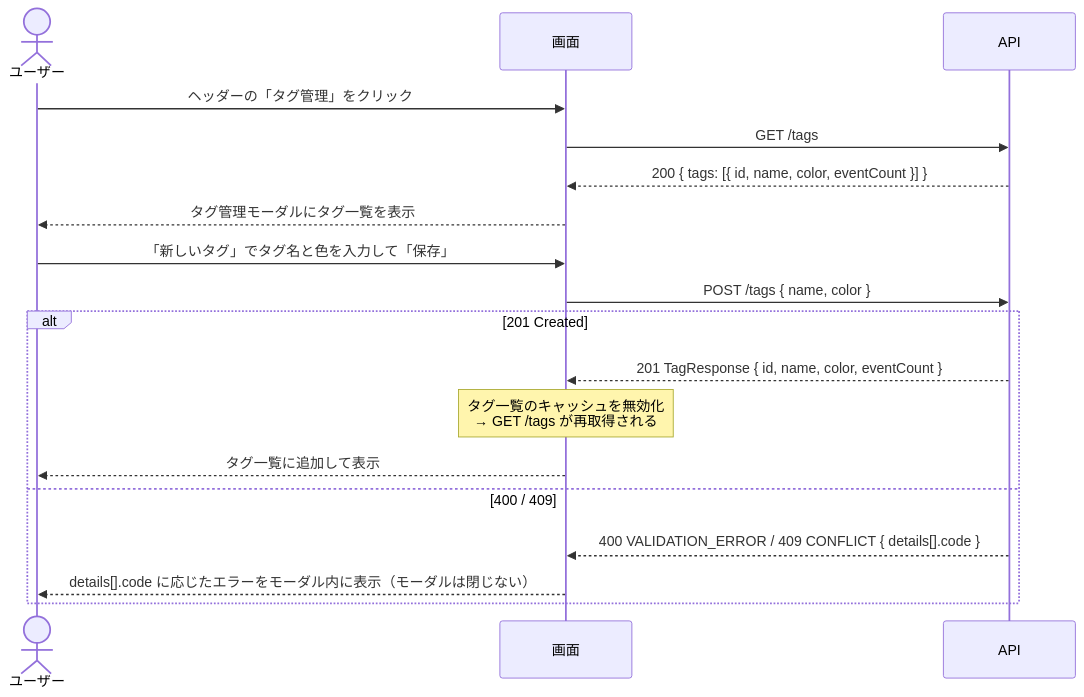
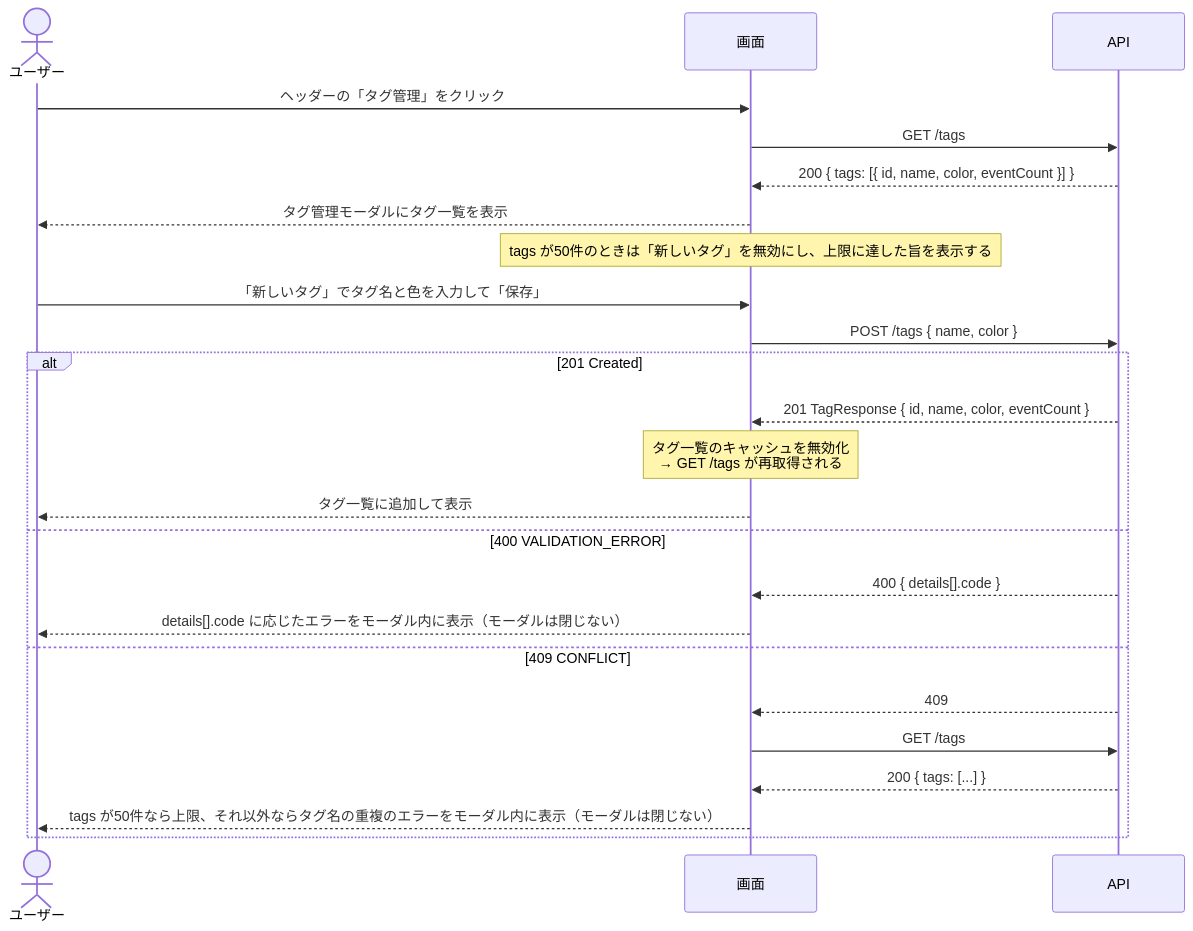
Before and after one commit to Haya372/ai-trial: the first of 5 diagrams in docs/spec/SPEC-008-tags-labels.md, drawn with Mermaid. The commit also changed other lines of this file, not shown here.

Commit message:
fix: Return 409 without details for tag conflicts
ConflictErrorResponse has no details field and ADR-013 reserves
details for validation errors. Follow the signup EMAIL_TAKEN pattern
and let the UI tell the limit from a duplicate by refetching tags.

````diff
--- a/docs/spec/SPEC-008-tags-labels.md
+++ b/docs/spec/SPEC-008-tags-labels.md
@@ -312,21 +312,27 @@
 ```mermaid
 sequenceDiagram
     actor User as ユーザー
     participant UI as 画面
     participant API as API
 
     User->>UI: ヘッダーの「タグ管理」をクリック
     UI->>API: GET /tags
     API-->>UI: 200 { tags: [{ id, name, color, eventCount }] }
     UI-->>User: タグ管理モーダルにタグ一覧を表示
+    Note over UI: tags が50件のときは「新しいタグ」を無効にし、上限に達した旨を表示する
     User->>UI: 「新しいタグ」でタグ名と色を入力して「保存」
     UI->>API: POST /tags { name, color }
     alt 201 Created
         API-->>UI: 201 TagResponse { id, name, color, eventCount }
         Note over UI: タグ一覧のキャッシュを無効化<br/>→ GET /tags が再取得される
         UI-->>User: タグ一覧に追加して表示
-    else 400 / 409
-        API-->>UI: 400 VALIDATION_ERROR / 409 CONFLICT { details[].code }
+    else 400 VALIDATION_ERROR
+        API-->>UI: 400 { details[].code }
         UI-->>User: details[].code に応じたエラーをモーダル内に表示（モーダルは閉じない）
+    else 409 CONFLICT
+        API-->>UI: 409
+        UI->>API: GET /tags
+        API-->>UI: 200 { tags: [...] }
+        UI-->>User: tags が50件なら上限、それ以外ならタグ名の重複のエラーをモーダル内に表示（モーダルは閉じない）
     end
 ```
````
